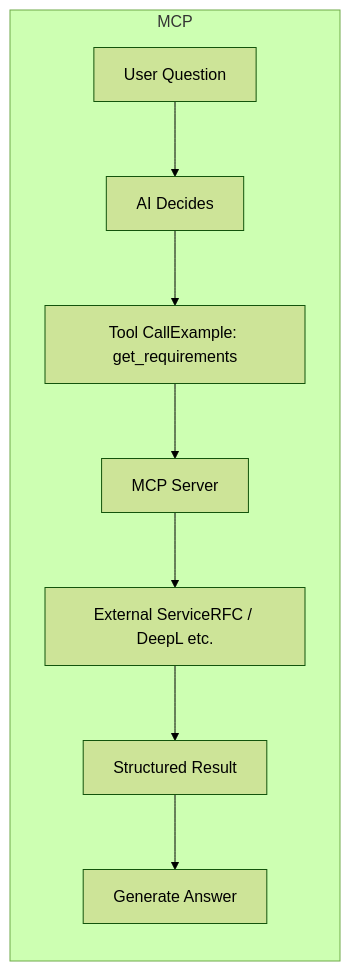
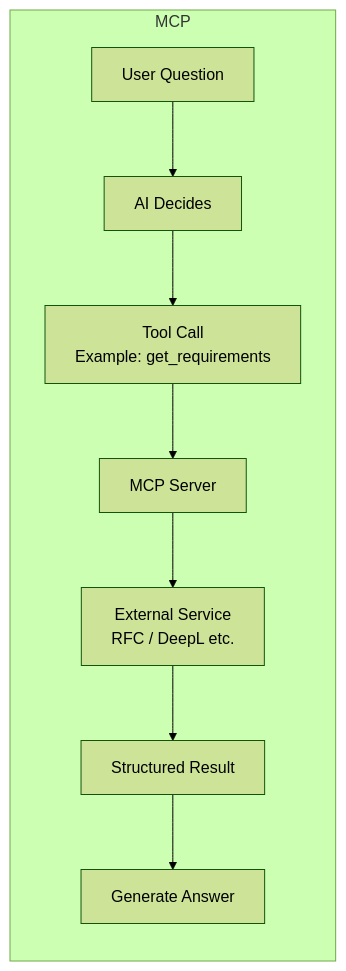
One commit to shuji-bonji/ai-agent-architecture changed the fourth of 13 diagrams in docs/concepts/04-ai-design-patterns.md. Above: the diagram before and after it, drawn with Mermaid (forest theme). The commit also changed other lines of this file and 8 other files, not shown here.

````diff
--- a/docs/concepts/04-ai-design-patterns.md
+++ b/docs/concepts/04-ai-design-patterns.md
@@ -103,11 +142,11 @@
 ```mermaid
 flowchart LR
     subgraph MCPSystem["MCP"]
         Q2[User Question] --> A2[AI Decides]
-        A2 --> T[Tool Call<bn>Example: get_requirements]
+        A2 --> T[Tool Call<br>Example: get_requirements]
         T --> S2[MCP Server]
-        S2 --> E2[External Service<bn>RFC / DeepL etc.]
+        S2 --> E2[External Service<br>RFC / DeepL etc.]
         E2 --> R2[Structured Result]
         R2 --> G2[Generate Answer]
     end
 ```
````
